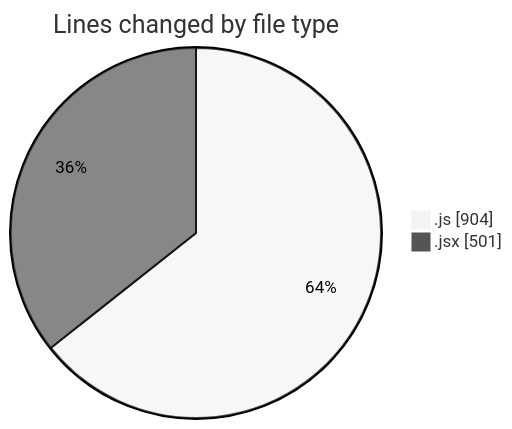
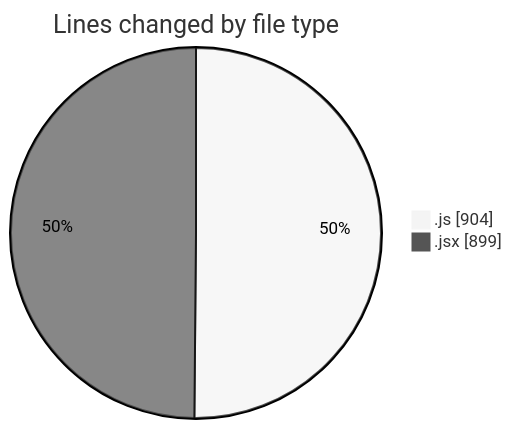
The first of 2 diagrams in 2025-11-09/nxtqube_webapp/README.md (nxtqubesakshisongat/code-tracking), drawn with Mermaid (neutral theme) before and after one commit. The commit also changed other lines of this file and 1 other file, not shown here.

````diff
--- a/2025-11-09/nxtqube_webapp/README.md
+++ b/2025-11-09/nxtqube_webapp/README.md
@@ -27,6 +28,6 @@
 ```mermaid
 pie showData
 title Lines changed by file type
 ".js" : 904
-".jsx" : 501
+".jsx" : 899
 ```
````
